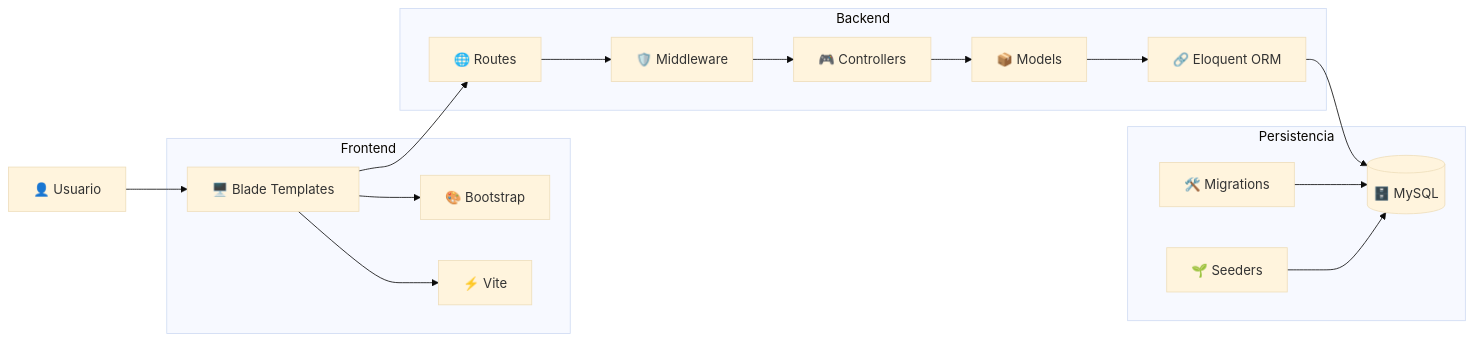
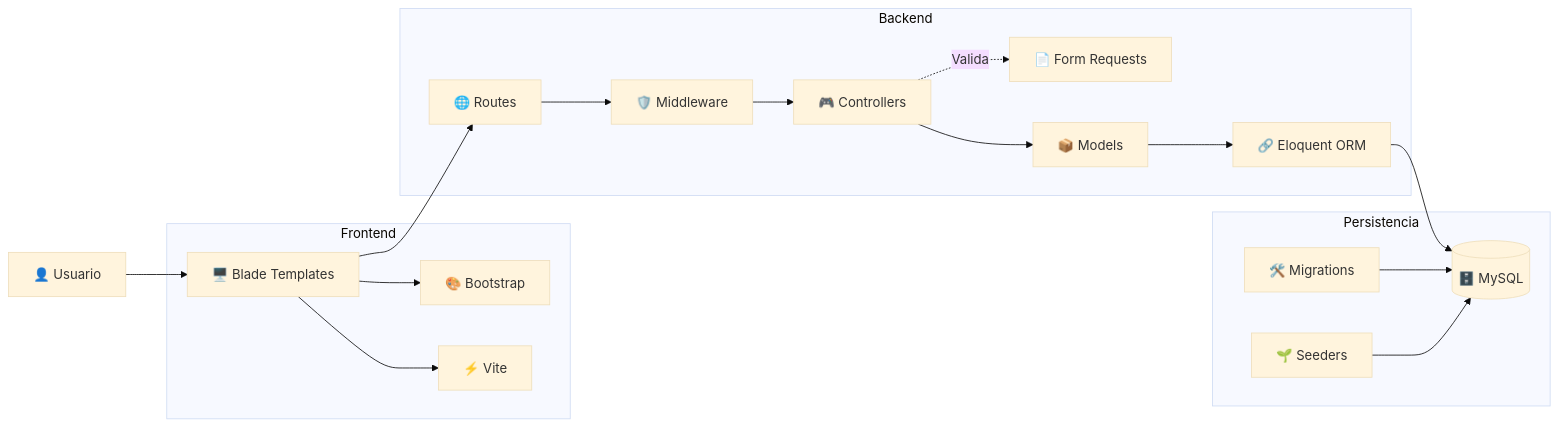
One commit to facusoster/FinalProdWebLaravel changed the diagram in docs/diagramas/02_Componentes.md. Above: the diagram before and after it, drawn with Mermaid (base theme). The commit also changed other lines of this file and 24 other files, not shown here.

Commit message:
Actualización completa de documentación y diagramas

````diff
--- a/docs/diagramas/02_Componentes.md
+++ b/docs/diagramas/02_Componentes.md
@@ -25,40 +25,42 @@
 ```mermaid
 flowchart LR
 
     U["👤 Usuario"]
 
     subgraph Frontend
         B["🖥️ Blade Templates"]
         BS["🎨 Bootstrap"]
         V["⚡ Vite"]
     end
 
     subgraph Backend
         R["🌐 Routes"]
         MW["🛡️ Middleware"]
         C["🎮 Controllers"]
+        FR["📄 Form Requests"]
         M["📦 Models"]
         E["🔗 Eloquent ORM"]
     end
 
     subgraph Persistencia
         DB[("🗄️ MySQL")]
         MIG["🛠️ Migrations"]
         SD["🌱 Seeders"]
     end
 
     U --> B
     B --> BS
     B --> V
 
     B --> R
 
     R --> MW
     MW --> C
+    C -. Valida .-> FR
     C --> M
     M --> E
     E --> DB
 
     MIG --> DB
     SD --> DB
 ```
````
